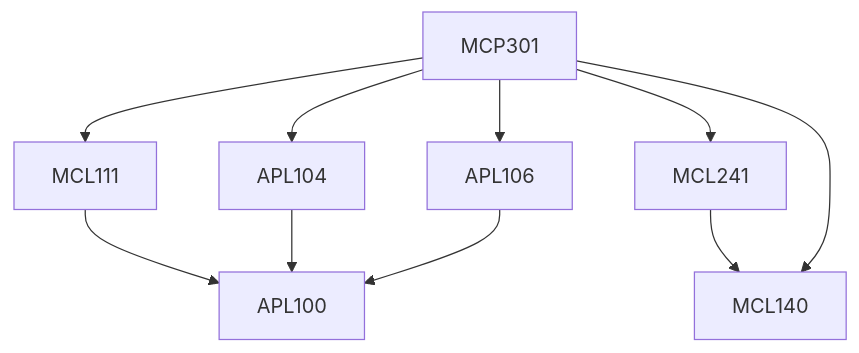
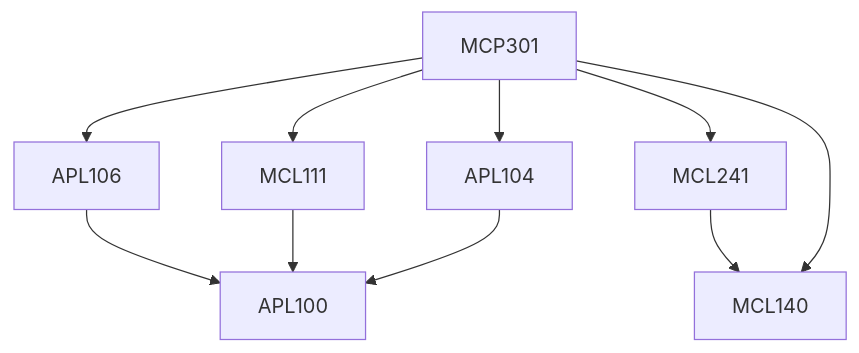
Before and after one commit to KeshavBansal0122/CoS_Website: the diagram in content/Mechanical Engineering/MCP301.md, drawn with Mermaid. The commit also changed other lines of this file and 392 other files, not shown here.

````diff
--- a/content/Mechanical Engineering/MCP301.md
+++ b/content/Mechanical Engineering/MCP301.md
@@ -13,16 +13,16 @@
 ```mermaid
 flowchart TD
 MCP301-472[MCP301]
+MCP301-472 --> APL104-472[APL104]
+APL106-472 --> APL100-472[APL100]
+MCL241-472 --> MCL140-472[MCL140]
 MCP301-472 --> APL106-472[APL106]
 MCL111-472 --> APL100-472[APL100]
 MCP301-472 --> MCL241-472[MCL241]
+MCP301-472 --> MCL111-472[MCL111]
+MCP301-472 --> MCL140-472[MCL140]
 APL104-472 --> APL100-472[APL100]
-MCP301-472 --> APL104-472[APL104]
-MCP301-472 --> MCL111-472[MCL111]
-MCL241-472 --> MCL140-472[MCL140]
-APL106-472 --> APL100-472[APL100]
-MCP301-472 --> MCL140-472[MCL140]
 
 classDef empty height:17px, fill:transparent, stroke:transparent;
 classDef trueEmpty height:0px, width:0px;
 ```
````
